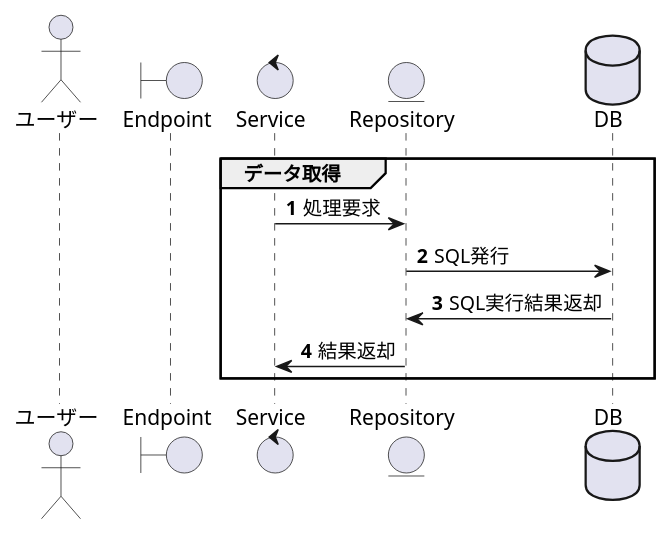
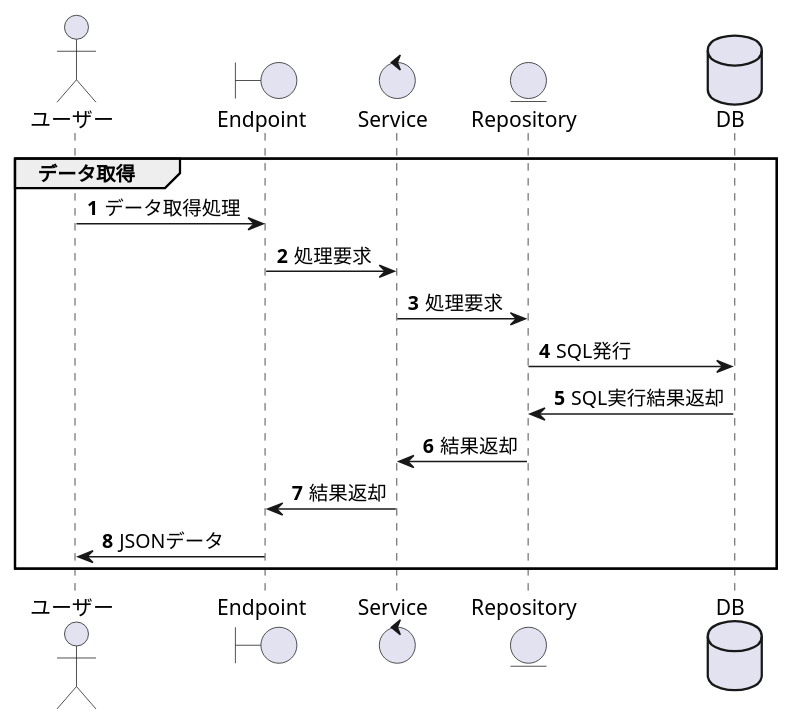
One commit to NakataTPD/2018-k-web-training changed the fourth of 14 diagrams in document/詳細設計書/詳細設計書.md. Above: the diagram before and after it, drawn with PlantUML. The commit also changed other lines of this file and 1 other file, not shown here.

````diff
--- a/document/詳細設計書/詳細設計書.md
+++ b/document/詳細設計書/詳細設計書.md
@@ -213,15 +240,19 @@
 ```puml
 actor ユーザー as User
 boundary Endpoint as Con
 control Service as Ser
 entity Repository as Repo
 database DB as DB
 
 group データ取得
   autonumber 1
+    User -> Con: データ取得処理
+    Con -> Ser: 処理要求
     Ser -> Repo: 処理要求
     Repo -> DB: SQL発行
     DB -> Repo: SQL実行結果返却
     Repo -> Ser: 結果返却
+    Ser -> Con: 結果返却
+    Con -> User: JSONデータ
 end
 ```
````
